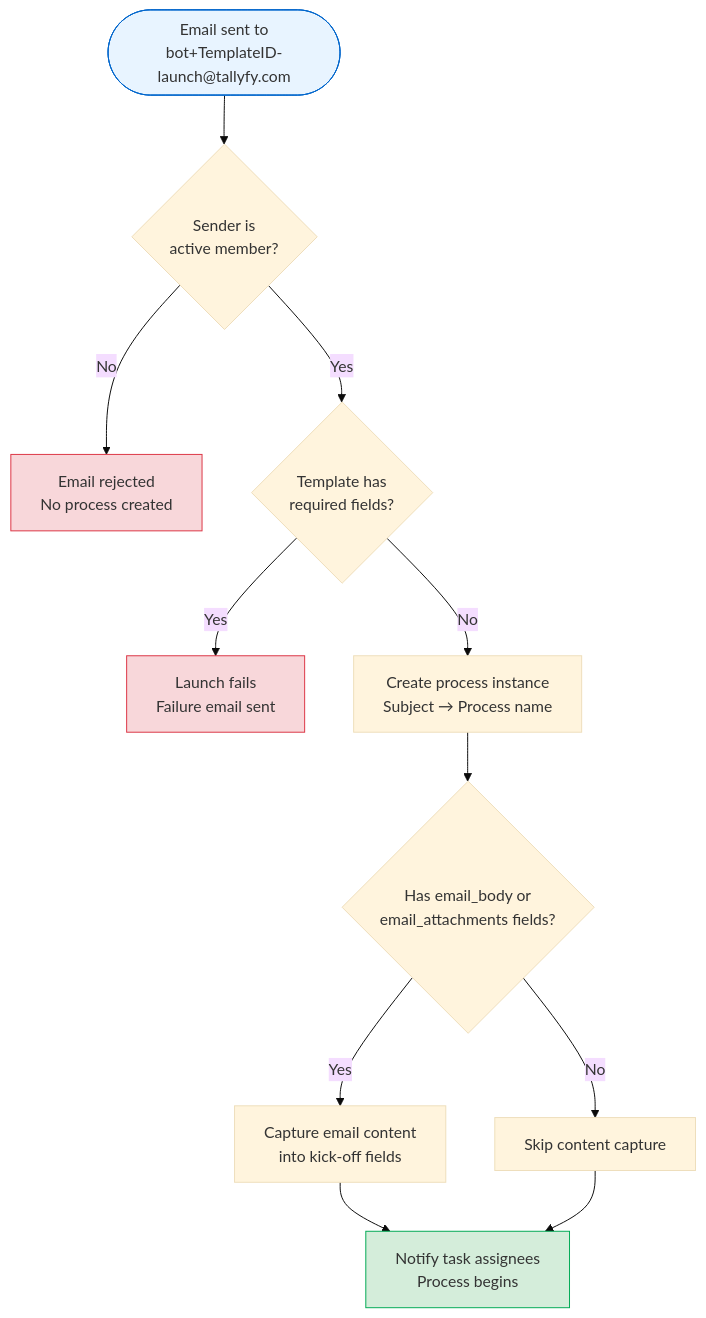
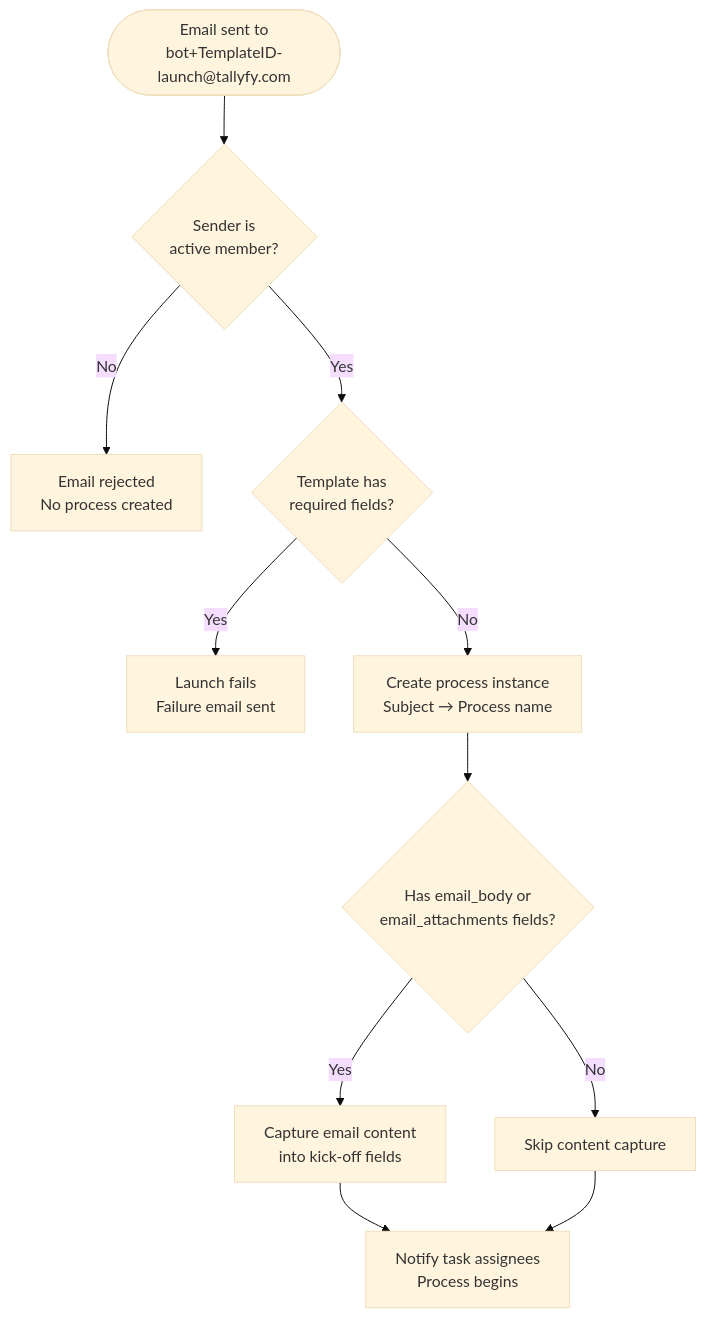
One commit to tallyfy/documentation changed the diagram in src/content/docs/pro/launching/triggers/via-email.mdx. Above: the diagram before and after it, drawn with Mermaid (base theme). The commit also changed 13 other files, not shown here.

First line of the commit message:
Remove style directives from Mermaid diagrams across documentation

````diff
--- a/src/content/docs/pro/launching/triggers/via-email.mdx
+++ b/src/content/docs/pro/launching/triggers/via-email.mdx
@@ -57,26 +57,22 @@
 ```mermaid
 flowchart TD
     Start([Email sent to<br/>bot+TemplateID-launch@tallyfy.com]) --> Check1{Sender is<br/>active member?}
     
     Check1 -->|No| Reject[Email rejected<br/>No process created]
     Check1 -->|Yes| Check2{Template has<br/>required fields?}
     
     Check2 -->|Yes| Fail[Launch fails<br/>Failure email sent]
     Check2 -->|No| Create[Create process instance<br/>Subject → Process name]
     
     Create --> Check3{Has email_body or<br/>email_attachments fields?}
     
     Check3 -->|Yes| Capture[Capture email content<br/>into kick-off fields]
     Check3 -->|No| Skip[Skip content capture]
     
     Capture --> Notify[Notify task assignees<br/>Process begins]
     Skip --> Notify
     
-    style Start fill:#E8F4FF,stroke:#0066CC
-    style Reject fill:#F8D7DA,stroke:#DC3545
-    style Fail fill:#F8D7DA,stroke:#DC3545
-    style Notify fill:#D4EDDA,stroke:#00AA55
     
     click Check1 "/products/pro/documenting/members/" "Learn about member management"
     click Check2 "/products/pro/launching/triggers/kick-off-forms/" "Understanding kick-off forms"
 ```
````
